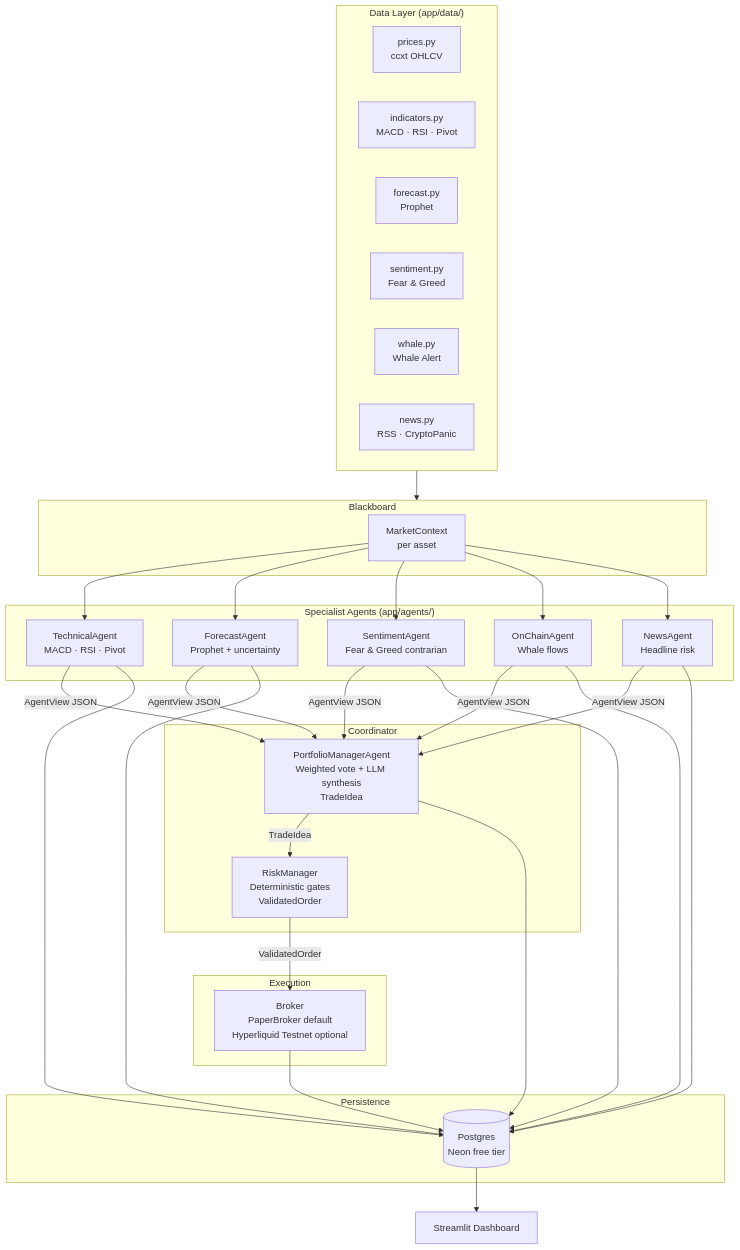
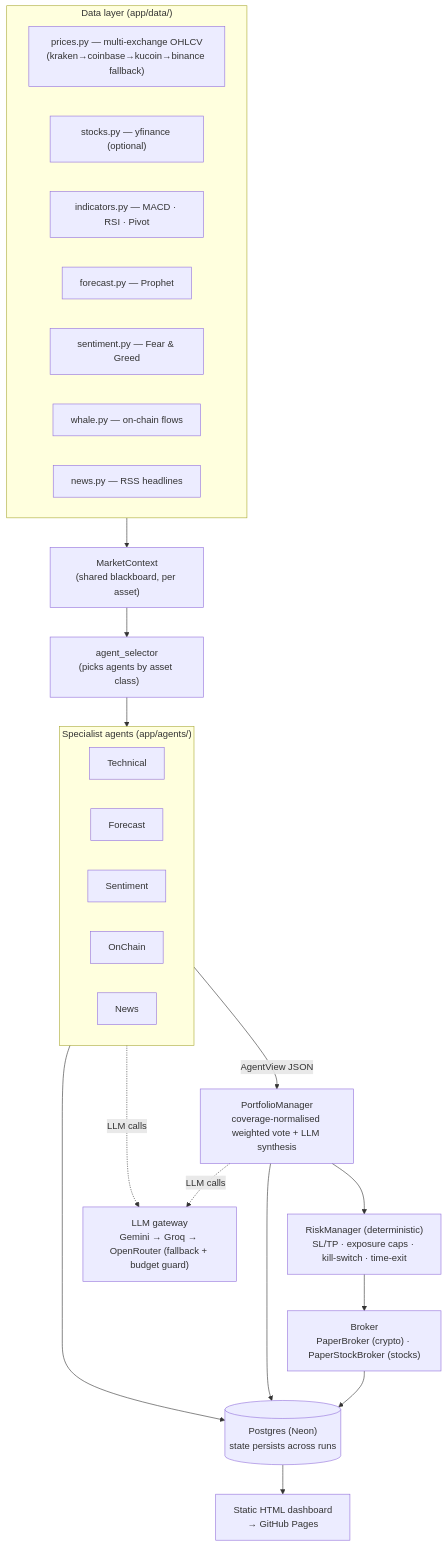
The diagram in README.md (mazzocco51/trading-ai-multiagent), drawn with Mermaid before and after one commit. The commit also changed other lines of this file and 2 other files, not shown here.

Commit message:
docs: align README with current architecture; weights updates

````diff
--- a/README.md
+++ b/README.md
@@ -74,48 +54,40 @@
 ```mermaid
 flowchart TD
-    subgraph DATA["Data Layer (app/data/)"]
-        P[prices.py\nccxt OHLCV]
-        I[indicators.py\nMACD · RSI · Pivot]
-        F[forecast.py\nProphet]
-        S[sentiment.py\nFear & Greed]
-        W[whale.py\nWhale Alert]
-        N[news.py\nRSS · CryptoPanic]
+    subgraph DATA["Data layer (app/data/)"]
+        P["prices.py — multi-exchange OHLCV\n(kraken→coinbase→kucoin→binance fallback)"]
+        SK["stocks.py — yfinance (optional)"]
+        I["indicators.py — MACD · RSI · Pivot"]
+        F["forecast.py — Prophet"]
+        S["sentiment.py — Fear & Greed"]
+        W["whale.py — on-chain flows"]
+        N["news.py — RSS headlines"]
     end
 
-    subgraph BB["Blackboard"]
-        CTX[MarketContext\nper asset]
+    CTX["MarketContext\n(shared blackboard, per asset)"]
+    SEL["agent_selector\n(picks agents by asset class)"]
+
+    subgraph AGENTS["Specialist agents (app/agents/)"]
+        TA[Technical]
+        FA[Forecast]
+        SA[Sentiment]
+        OA[OnChain]
+        NA[News]
     end
 
-    subgraph SPECIALISTS["Specialist Agents (app/agents/)"]
-        TA[TechnicalAgent\nMACD · RSI · Pivot]
-        FA[ForecastAgent\nProphet + uncertainty]
-        SA[SentimentAgent\nFear & Greed contrarian]
-        OA[OnChainAgent\nWhale flows]
-        NA[NewsAgent\nHeadline risk]
-    end
+    PM["PortfolioManager\ncoverage-normalised weighted vote + LLM synthesis"]
+    RM["RiskManager (deterministic)\nSL/TP · exposure caps · kill-switch · time-exit"]
+    BR["Broker\nPaperBroker (crypto) · PaperStockBroker (stocks)"]
+    DB[("Postgres (Neon)\nstate persists across runs")]
+    DASH["Static HTML dashboard\n→ GitHub Pages"]
 
-    subgraph COORD["Coordinator"]
-        PM[PortfolioManagerAgent\nWeighted vote + LLM synthesis\nTradeIdea]
-        RM[RiskManager\nDeterministic gates\nValidatedOrder]
-    end
+    LLM["LLM gateway\nGemini → Groq → OpenRouter (fallback + budget guard)"]
 
-    subgraph EXEC["Execution"]
-        BR[Broker\nPaperBroker default\nHyperliquid Testnet optional]
-    end
-
-    subgraph PERSIST["Persistence"]
-        DB[(Postgres\nNeon free tier)]
-    end
-
-    DASH[Streamlit Dashboard]
-
-    DATA --> BB
-    CTX --> TA & FA & SA & OA & NA
-    TA & FA & SA & OA & NA -->|AgentView JSON| PM
-    PM -->|TradeIdea| RM
-    RM -->|ValidatedOrder| BR
+    DATA --> CTX --> SEL --> AGENTS
+    AGENTS -->|AgentView JSON| PM --> RM --> BR
+    AGENTS -. LLM calls .-> LLM
+    PM -. LLM calls .-> LLM
     BR --> DB
     PM --> DB
-    TA & FA & SA & OA & NA --> DB
+    AGENTS --> DB
     DB --> DASH
 ```
````
